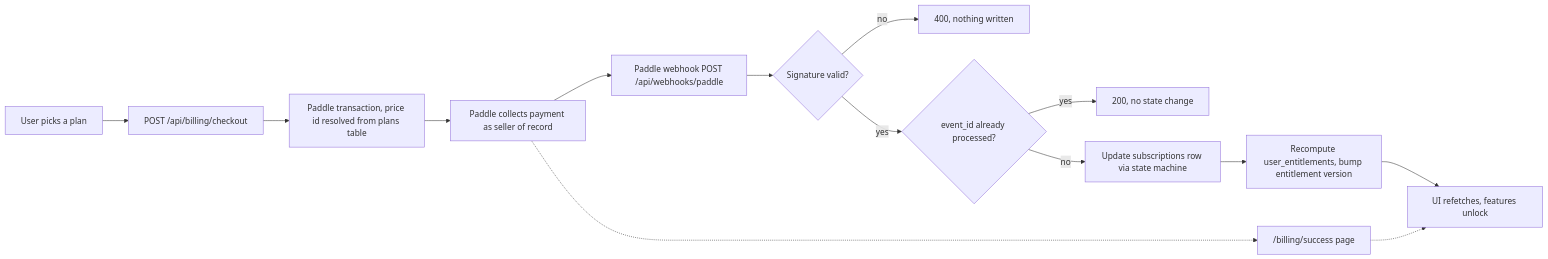
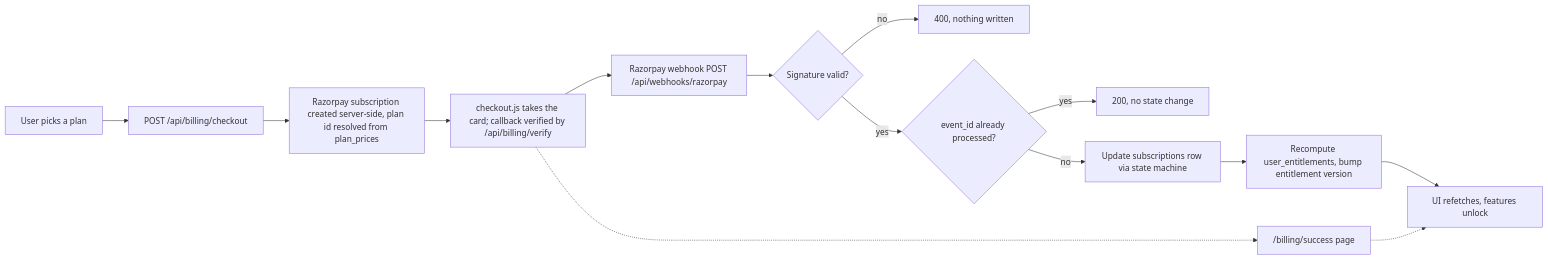
The third of 7 diagrams in docs/ARCHITECTURE.md (harshitkrhere/wintora), drawn with Mermaid before and after one commit. The commit also changed other lines of this file and 70 other files, not shown here.

````diff
--- a/docs/ARCHITECTURE.md
+++ b/docs/ARCHITECTURE.md
@@ -137,16 +137,16 @@
 ```mermaid
 flowchart LR
   U["User picks a plan"] --> CO["POST /api/billing/checkout"]
-  CO --> SC["Paddle transaction, price id resolved from plans table"]
-  SC --> PAY["Paddle collects payment as seller of record"]
-  PAY --> WH["Paddle webhook POST /api/webhooks/paddle"]
+  CO --> SC["Razorpay subscription created server-side, plan id resolved from plan_prices"]
+  SC --> PAY["checkout.js takes the card; callback verified by /api/billing/verify"]
+  PAY --> WH["Razorpay webhook POST /api/webhooks/razorpay"]
   WH --> V{"Signature valid?"}
   V -- no --> R400["400, nothing written"]
   V -- yes --> IDEM{"event_id already processed?"}
   IDEM -- yes --> ACK["200, no state change"]
   IDEM -- no --> SUB["Update subscriptions row via state machine"]
   SUB --> ENT["Recompute user_entitlements, bump entitlement version"]
   ENT --> UI["UI refetches, features unlock"]
   PAY -.-> SUCCESS["/billing/success page"]
   SUCCESS -.-> UI
 ```
````
